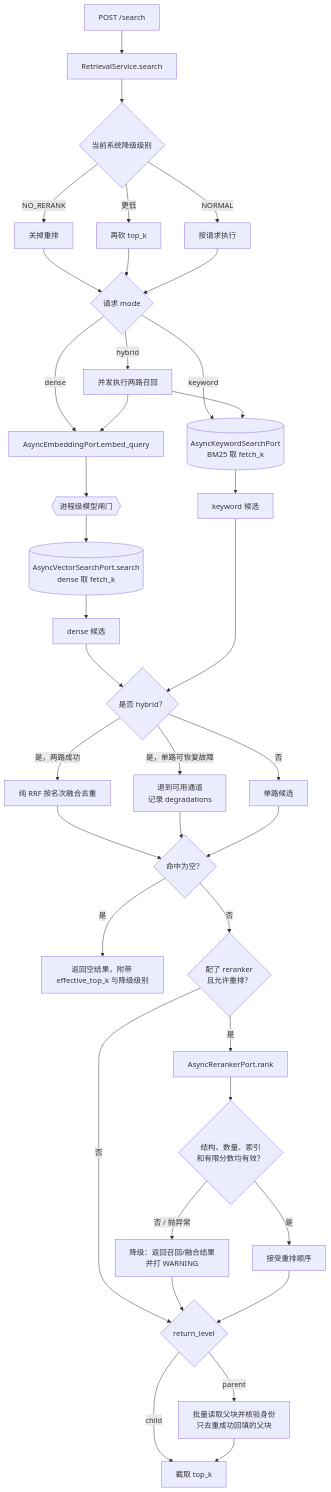
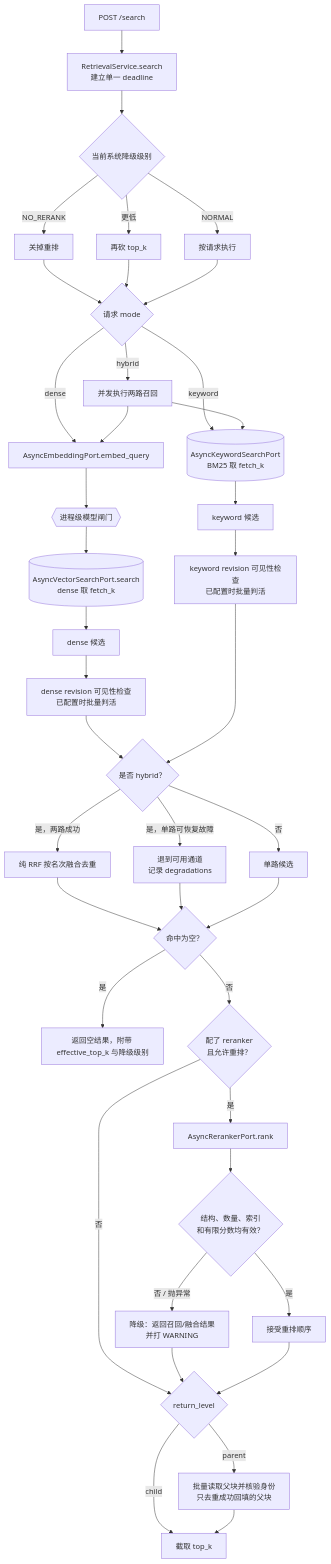
One commit to comet-7x/comet-rag changed the fifth of 5 diagrams in docs/structure.md. Above: the diagram before and after it, drawn with Mermaid. The commit also changed other lines of this file and 1 other file, not shown here.

Commit message:
docs(architecture): align diagrams and quickstart with current behavior

````diff
--- a/docs/structure.md
+++ b/docs/structure.md
@@ -159,41 +210,43 @@
 ```mermaid
 flowchart TD
-    A["POST /search"] --> B["RetrievalService.search"]
+    A["POST /search"] --> B["RetrievalService.search<br/>建立单一 deadline"]
     B --> DEG{"当前系统降级级别"}
     DEG -->|"NO_RERANK"| D1["关掉重排"]
     DEG -->|"更低"| D2["再砍 top_k"]
     DEG -->|NORMAL| D3["按请求执行"]
 
     D1 --> MODE{"请求 mode"}
     D2 --> MODE
     D3 --> MODE
     MODE -->|dense| E["AsyncEmbeddingPort.embed_query"]
     MODE -->|keyword| KW[("AsyncKeywordSearchPort<br/>BM25 取 fetch_k")]
     MODE -->|hybrid| BOTH["并发执行两路召回"]
     BOTH --> E
     BOTH --> KW
     E --> GATE{{"进程级模型闸门"}}
     GATE --> F[("AsyncVectorSearchPort.search<br/>dense 取 fetch_k")]
     F --> CAND["dense 候选"]
     KW --> KCAND["keyword 候选"]
-    CAND --> RRF{"是否 hybrid？"}
-    KCAND --> RRF
+    CAND --> DV["dense revision 可见性检查<br/>已配置时批量判活"]
+    KCAND --> KV["keyword revision 可见性检查<br/>已配置时批量判活"]
+    DV --> RRF{"是否 hybrid？"}
+    KV --> RRF
     RRF -->|是，两路成功| RF["纯 RRF 按名次融合去重"]
     RRF -->|是，单路可恢复故障| FALL["退到可用通道<br/>记录 degradations"]
     RRF -->|否| ONE["单路候选"]
     RF --> G{"命中为空？"}
     FALL --> G
     ONE --> G
     G -->|是| GX["返回空结果，附带 effective_top_k 与降级级别"]
     G -->|否| H{"配了 reranker<br/>且允许重排？"}
     H -->|否| RETURN{"return_level"}
     H -->|是| J["AsyncRerankerPort.rank"]
     J --> CHECK{"结构、数量、索引<br/>和有限分数均有效？"}
     CHECK -->|"否 / 抛异常"| L["降级：返回召回/融合结果<br/>并打 WARNING"]
     CHECK -->|是| M["接受重排顺序"]
     L --> RETURN
     M --> RETURN
     RETURN -->|child| I["截取 top_k"]
     RETURN -->|parent| P["批量读取父块并核验身份<br/>只去重成功回填的父块"]
     P --> I
 ```
````
